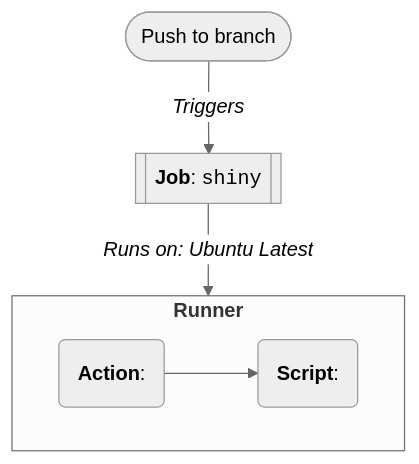
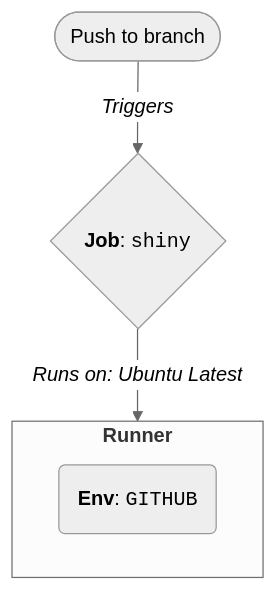
Before and after one commit to mjfrigaard/shiny-app-pkgs: the sixth of 8 diagrams in gha.qmd, drawn with Mermaid. The commit also changed other lines of this file and 8 other files, not shown here.

````diff
--- a/gha.qmd
+++ b/gha.qmd
@@ -835,13 +825,11 @@
 ```{mermaid}
 %%| fig-align: center
 %%{init: {'theme': 'neutral', 'themeVariables': { 'fontFamily': 'monospace', "fontSize":"16px"}}}%%
 flowchart TD
   Push(["Push to branch"])
-  Push -->|"<em>Triggers</em>"| Shiny[["<strong>Job</strong>: <code>shiny</code>"]]
-  subgraph ubuntu["<strong>Runner</strong>"]
-      Action("<strong>Action</strong>:")
-      Script("<strong>Script</strong>:")
+  Push -->|"<em>Triggers</em>"| Shiny{"<strong>Job</strong>: <code>shiny</code>"}
+    subgraph ubuntu["<strong>Runner</strong>"]
+      Env("<strong>Env</strong>: <code>GITHUB</code>")
     end
   Shiny -->|"<em>Runs on: Ubuntu Latest</em>"| ubuntu
-  Action --> Script
 ```
````
